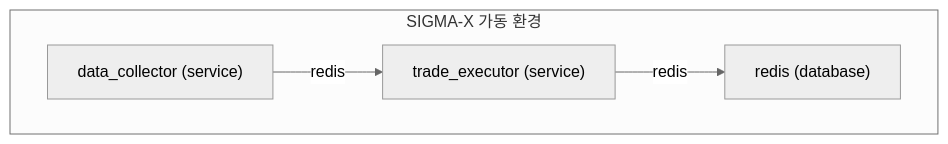
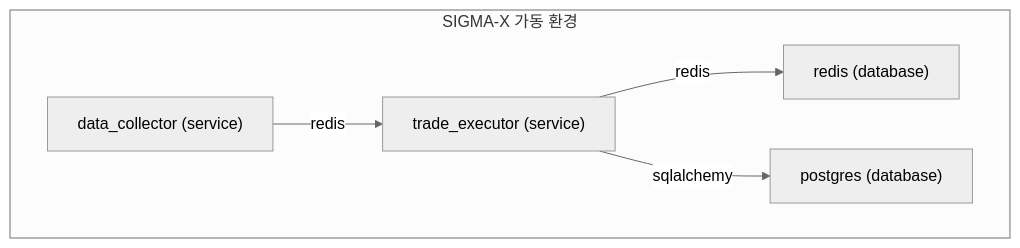
The diagram in docs/sigma_system_diagram.mmd (tjqjaqhd/sigma-x), drawn with Mermaid (neutral theme) before and after one commit. The commit also changed 12 other files, not shown here.

````diff
--- a/docs/sigma_system_diagram.mmd
+++ b/docs/sigma_system_diagram.mmd
@@ -1,10 +1,12 @@
 ```mermaid
 flowchart TD
 subgraph main ["SIGMA-X 가동 환경"]
     data_collector["data_collector (service)"]
     trade_executor["trade_executor (service)"]
     redis["redis (database)"]
+    postgres["postgres (database)"]
 end
     data_collector -->|redis| trade_executor
     trade_executor -->|redis| redis
+    trade_executor -->|sqlalchemy| postgres
 ```
````
